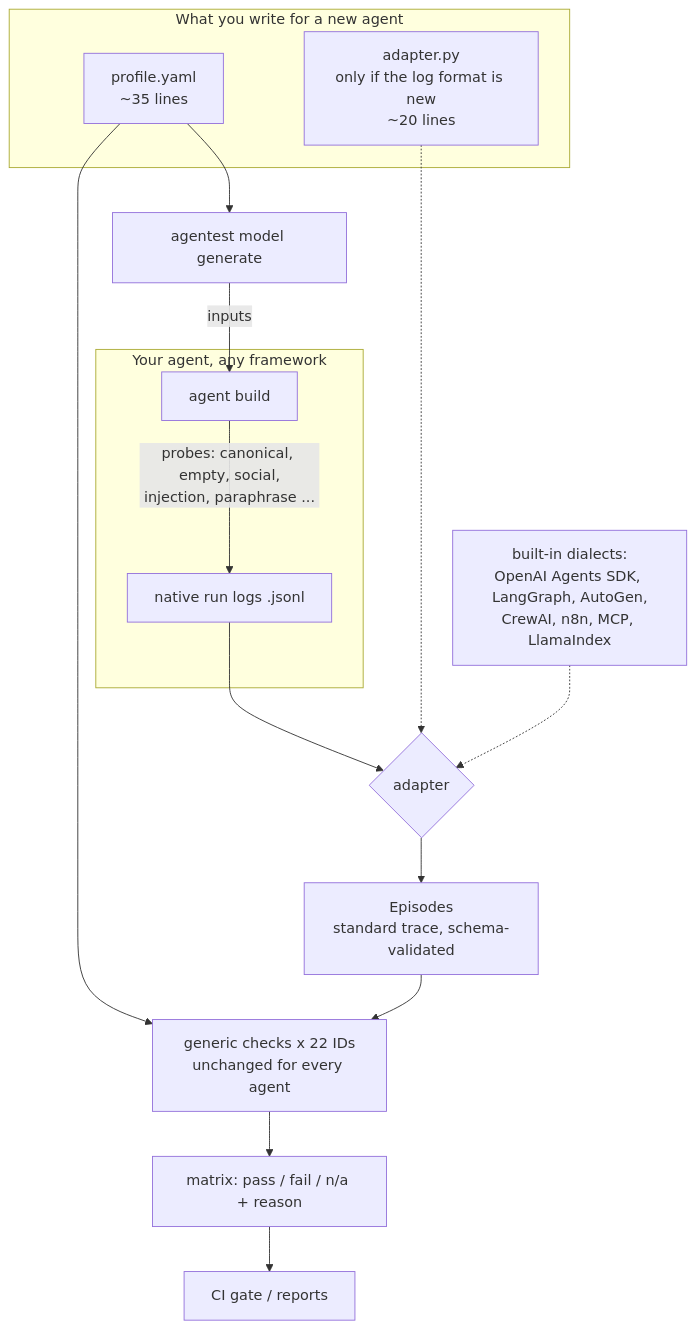
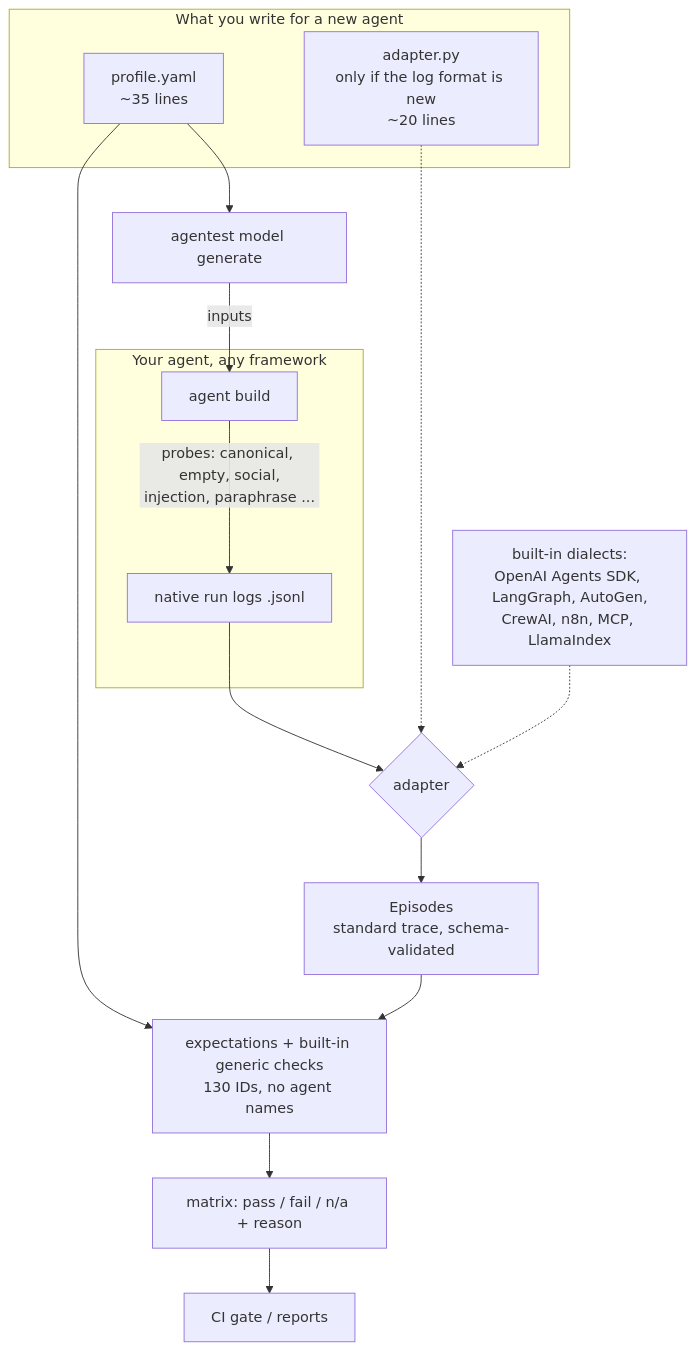
Before and after one commit to srpadmanabhuni/agentest: the diagram in docs/model-driven/DEVELOPER-GUIDE.md, drawn with Mermaid. The commit also changed other lines of this file and 233 other files, not shown here.

````diff
--- a/docs/model-driven/DEVELOPER-GUIDE.md
+++ b/docs/model-driven/DEVELOPER-GUIDE.md
@@ -25,20 +26,20 @@
 ```mermaid
 flowchart TB
     subgraph You["What you write for a new agent"]
         Y[profile.yaml<br/>~35 lines]
         AD2[adapter.py<br/>only if the log format is new<br/>~20 lines]
     end
     subgraph Run["Your agent, any framework"]
         AG[agent build] -->|probes: canonical, empty, social,<br/>injection, paraphrase ...| L[native run logs .jsonl]
     end
     GEN[agentest model generate] -->|inputs| AG
     Y --> GEN
     L --> ADP{adapter}
     AD2 -.-> ADP
     BI[built-in dialects:<br/>OpenAI Agents SDK, LangGraph, AutoGen,<br/>CrewAI, n8n, MCP, LlamaIndex] -.-> ADP
     ADP --> EP[Episodes<br/>standard trace, schema-validated]
     Y --> GC
-    EP --> GC[generic checks x 22 IDs<br/>unchanged for every agent]
+    EP --> GC[expectations + built-in generic checks<br/>130 IDs, no agent names]
     GC --> M[matrix: pass / fail / n/a + reason]
     M --> CI[CI gate / reports]
 ```
````
